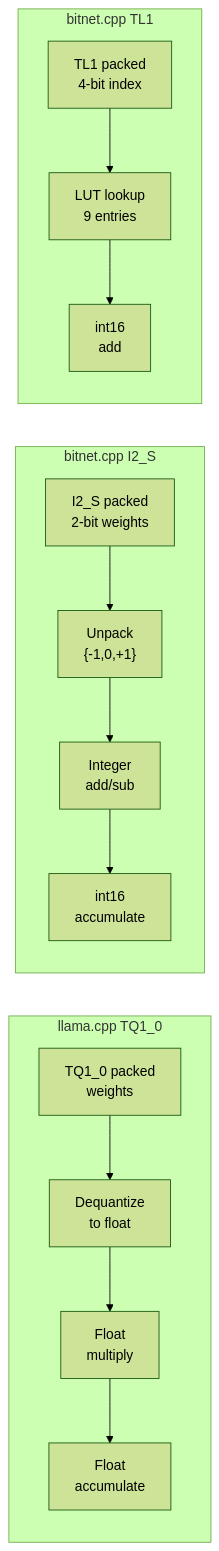
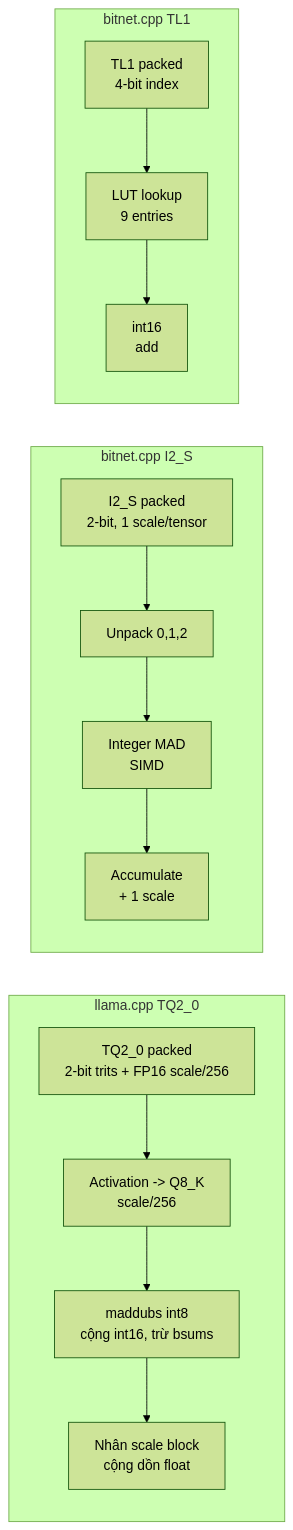
Before and after one commit to tuandung222/llama-cpp-architecture-lectures: the diagram in docs/case_studies/case_6_bitnet_vs_llamacpp.md, drawn with Mermaid (forest theme). The commit also changed other lines of this file and 25 other files, not shown here.

````diff
--- a/docs/case_studies/case_6_bitnet_vs_llamacpp.md
+++ b/docs/case_studies/case_6_bitnet_vs_llamacpp.md
@@ -87,17 +110,17 @@
 ```mermaid
 graph LR
-    subgraph "llama.cpp TQ1_0"
-        TQ["TQ1_0 packed\nweights"] --> DQ["Dequantize\nto float"]
-        DQ --> MUL["Float\nmultiply"]
-        MUL --> ACC["Float\naccumulate"]
+    subgraph "llama.cpp TQ2_0"
+        TQ["TQ2_0 packed\n2-bit trits + FP16 scale/256"] --> Q8K["Activation -> Q8_K\nscale/256"]
+        Q8K --> MADD["maddubs int8\ncộng int16, trừ bsums"]
+        MADD --> FS["Nhân scale block\ncộng dồn float"]
     end
     subgraph "bitnet.cpp I2_S"
-        I2S["I2_S packed\n2-bit weights"] --> UPK["Unpack\n{-1,0,+1}"]
-        UPK --> ADD["Integer\nadd/sub"]
-        ADD --> IACC["int16\naccumulate"]
+        I2S["I2_S packed\n2-bit, 1 scale/tensor"] --> UPK["Unpack 0,1,2"]
+        UPK --> ADD["Integer MAD\nSIMD"]
+        ADD --> IACC["Accumulate\n+ 1 scale"]
     end
     subgraph "bitnet.cpp TL1"
         TL1["TL1 packed\n4-bit index"] --> LUT["LUT lookup\n9 entries"]
         LUT --> IADD["int16\nadd"]
     end
 ```
````
